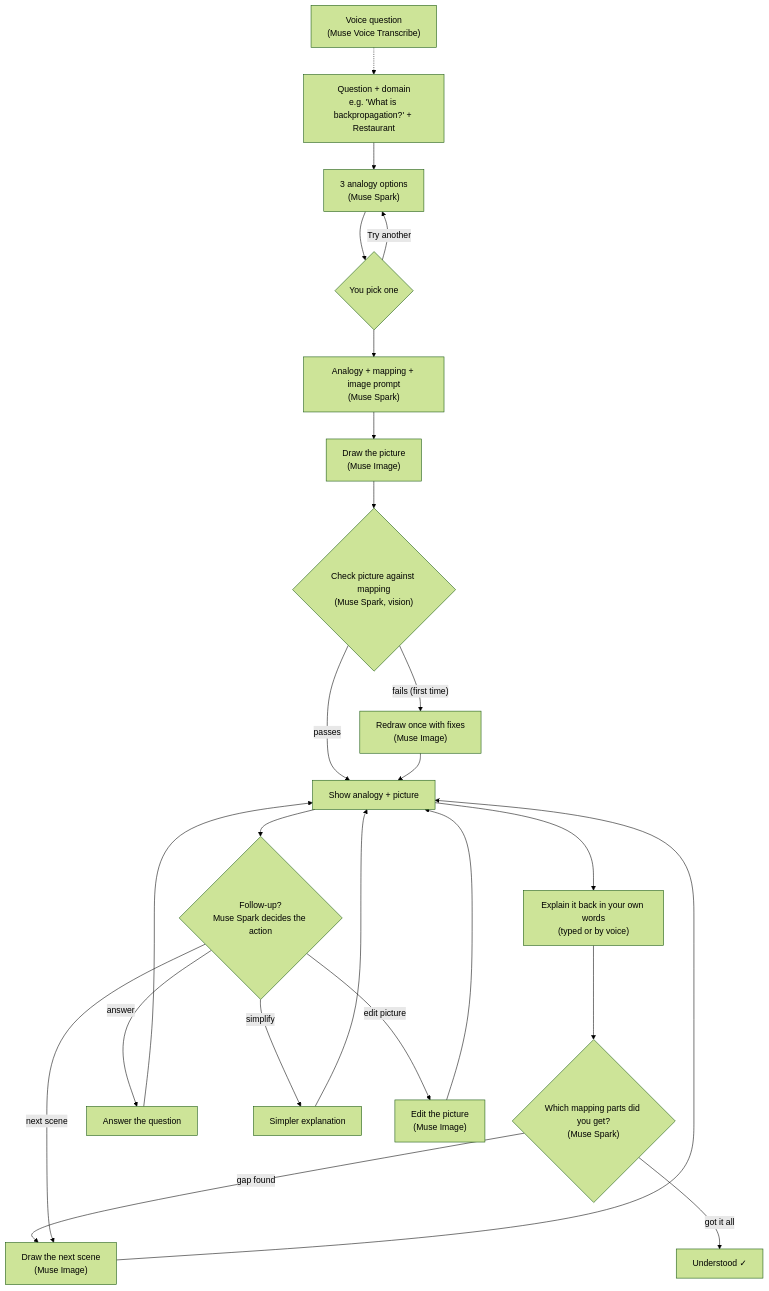
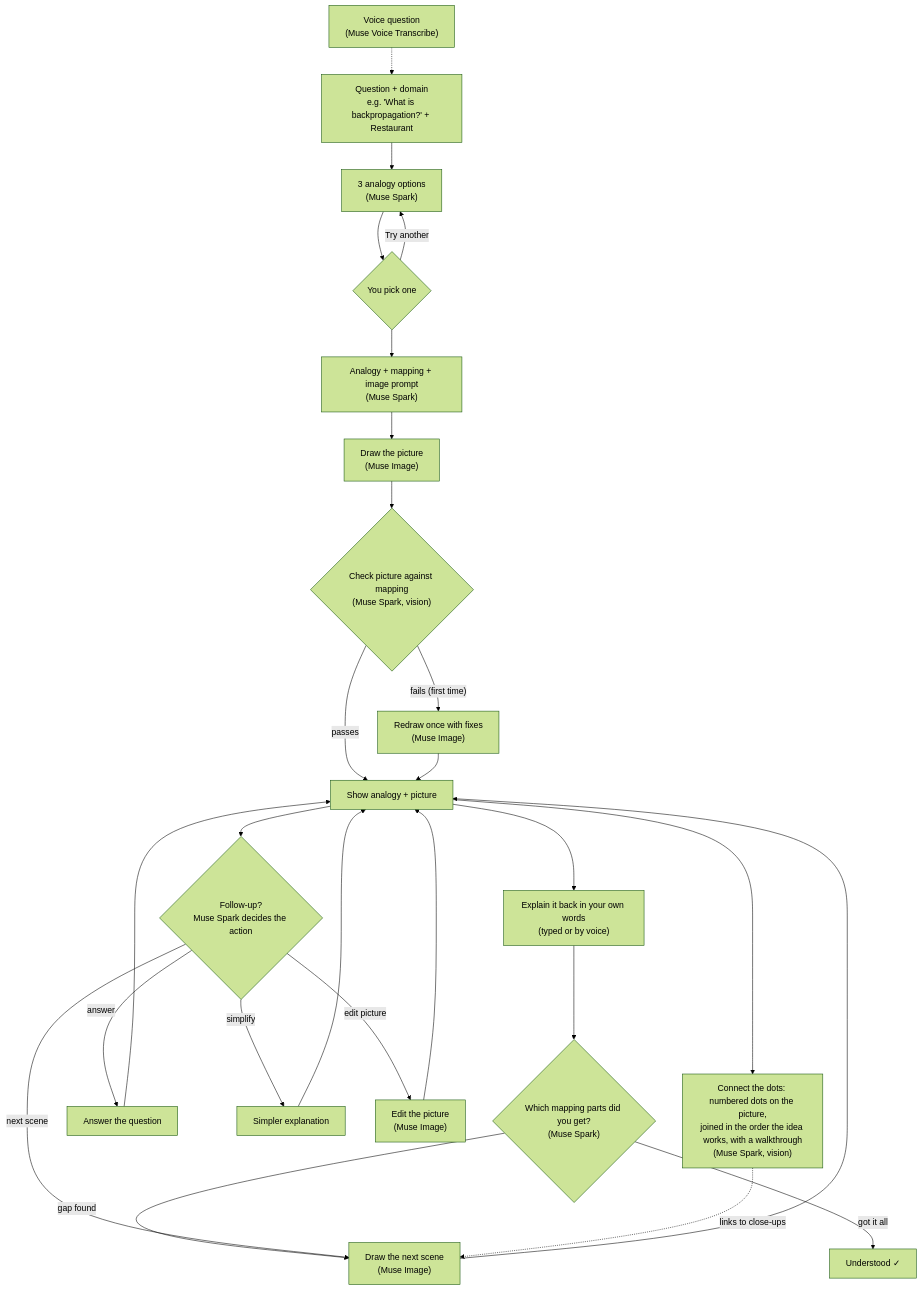
One commit to Rasika-Deodhar/sketchbridge changed the diagram in README.md. Above: the diagram before and after it, drawn with Mermaid (forest theme). The commit also changed other lines of this file and 11 other files, not shown here.

First line of the commit message:
Add live progress bar and connect-the-dots walkthrough

````diff
--- a/README.md
+++ b/README.md
@@ -13,23 +13,25 @@
 ```mermaid
 flowchart TD
     A["Question + domain<br/>e.g. 'What is backpropagation?' + Restaurant"] --> B["3 analogy options<br/>(Muse Spark)"]
     B --> C{"You pick one"}
     C -- "Try another" --> B
     C --> D["Analogy + mapping + image prompt<br/>(Muse Spark)"]
     D --> E["Draw the picture<br/>(Muse Image)"]
     E --> F{"Check picture against mapping<br/>(Muse Spark, vision)"}
     F -- passes --> G["Show analogy + picture"]
     F -- "fails (first time)" --> H["Redraw once with fixes<br/>(Muse Image)"]
     H --> G
     G --> T["Explain it back in your own words<br/>(typed or by voice)"]
     T --> U{"Which mapping parts did you get?<br/>(Muse Spark)"}
     U -- "gap found" --> M
     U -- "got it all" --> Z["Understood ✓"]
     G --> I{"Follow-up?<br/>Muse Spark decides the action"}
     I -- answer --> J["Answer the question"]
     I -- simplify --> K["Simpler explanation"]
     I -- "edit picture" --> L["Edit the picture<br/>(Muse Image)"]
     I -- "next scene" --> M["Draw the next scene<br/>(Muse Image)"]
     J & K & L & M --> G
+    G --> CD["Connect the dots: numbered dots on the picture,<br/>joined in the order the idea works, with a walkthrough<br/>(Muse Spark, vision)"]
+    CD -. "links to close-ups" .-> M
     V["Voice question<br/>(Muse Voice Transcribe)"] -.-> A
 ```
````
